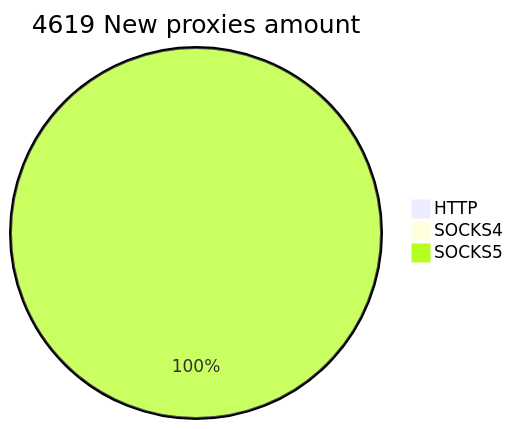
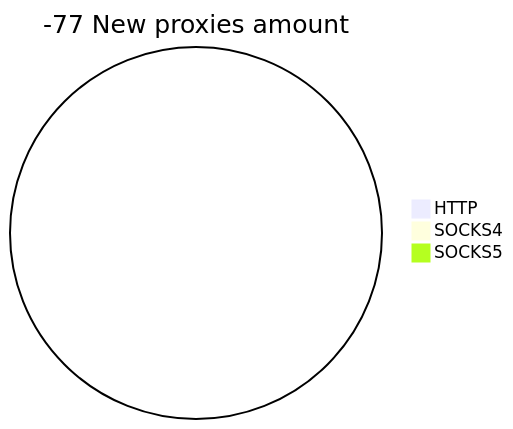
One commit to cutipu/proxylist changed the second of 2 diagrams in README.md. Above: the diagram before and after it, drawn with Mermaid. The commit also changed other lines of this file, not shown here.

````diff
--- a/README.md
+++ b/README.md
@@ -10,6 +10,6 @@
 ```mermaid
-pie title 4619 New proxies amount
+pie title -77 New proxies amount
     "HTTP" : 0
     "SOCKS4" : 0
-    "SOCKS5" : 4642
+    "SOCKS5" : 0
 ```
````
